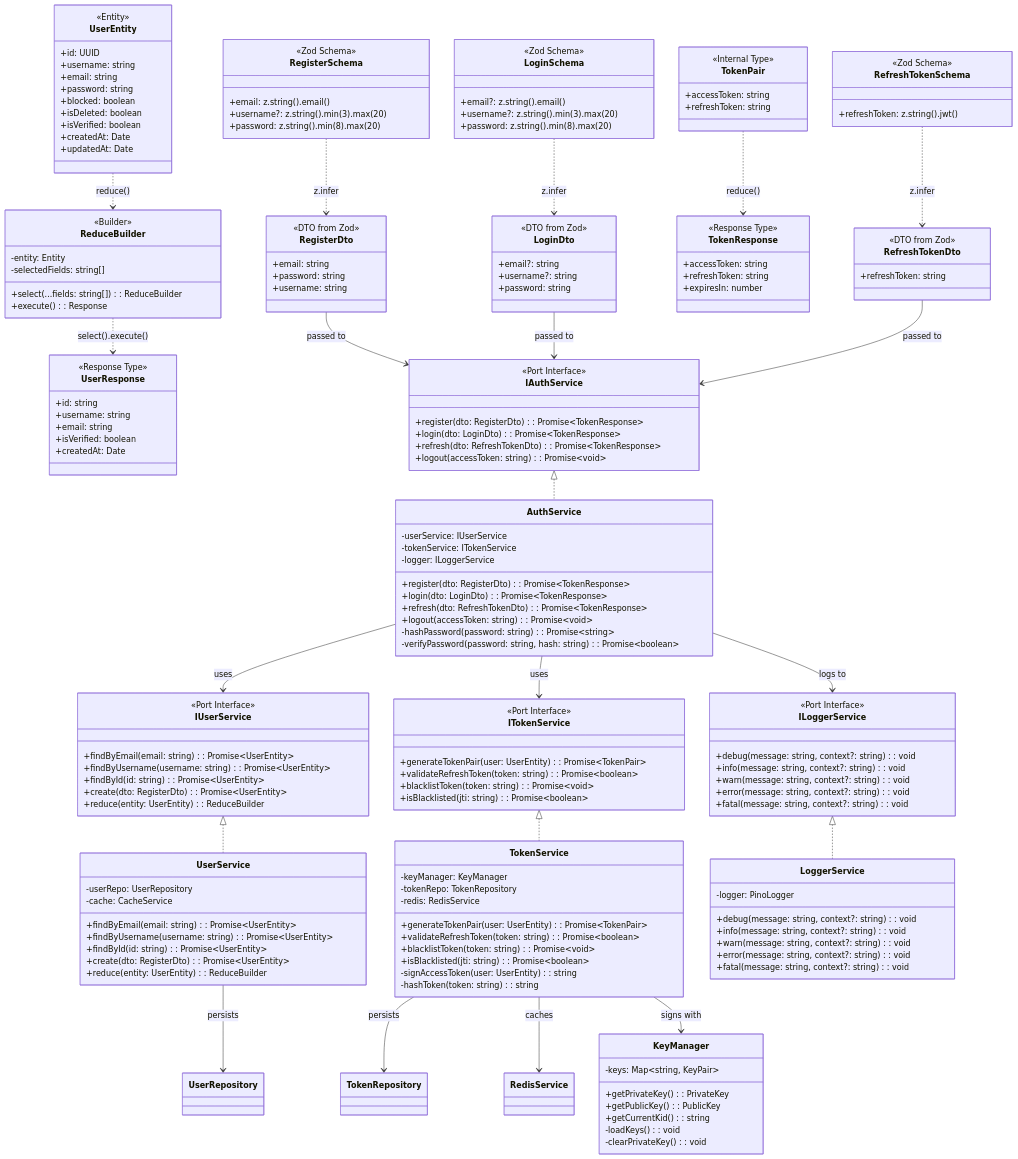
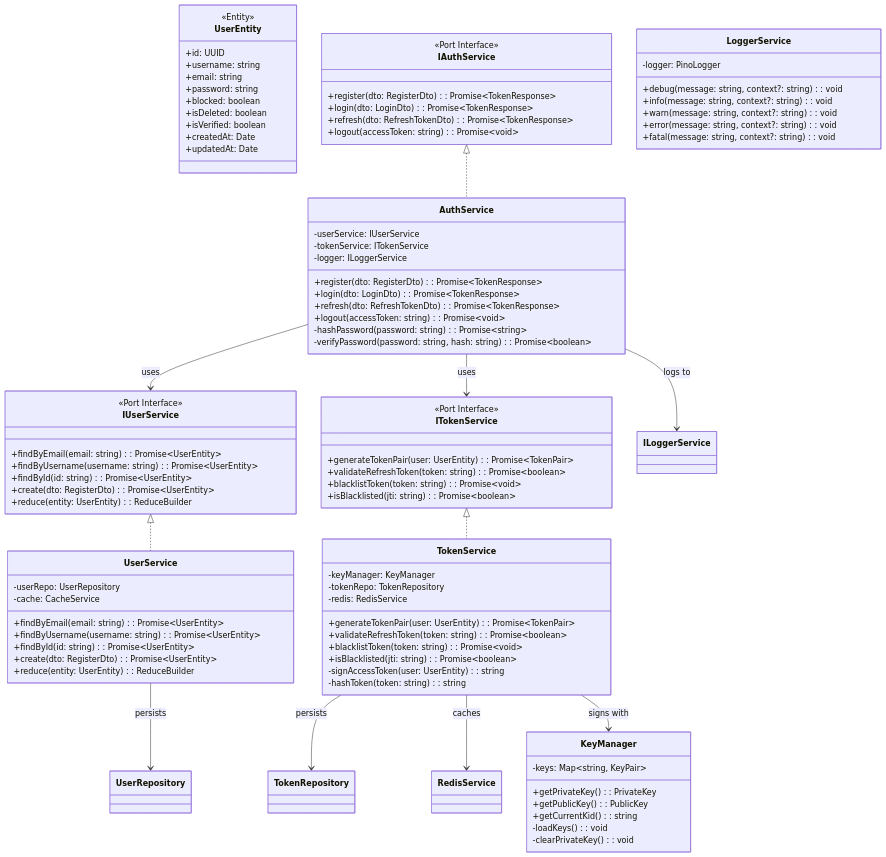
The diagram in _bmad-output/implementation-artifacts/uml/approved/06-class-services.mmd (Glitch-guy0/Auth-Service), drawn with Mermaid before and after one commit. The commit also changed 1 other file, not shown here.

Commit message:
feat: class, types and interfaces approved

```diff
--- a/_bmad-output/implementation-artifacts/uml/approved/06-class-services.mmd
+++ b/_bmad-output/implementation-artifacts/uml/approved/06-class-services.mmd
@@ -1,85 +1,11 @@
-%% Service Class Diagram
+%% Class Diagram
 %% Maps to: Hexagonal Architecture, Ports & Adapters
-%% Intermediate types: Zod schemas, DTOs, Entity unions, Type utilities
+%% Service implementations, dependencies, and adapter classes
 
 classDiagram
     %% ════════════════════════════════════════════════════════════════
-    %%  ZOD VALIDATION SCHEMAS
+    %%  ENTITY
     %% ════════════════════════════════════════════════════════════════
-    class RegisterSchema {
-        <<Zod Schema>>
-        +email: z.string().email()
-        +username?: z.string().min(3).max(20)
-        +password: z.string().min(8).max(20)
-    }
-
-    class LoginSchema {
-        <<Zod Schema>>
-        +email?: z.string().email()
-        +username?: z.string().min(3).max(20)
-        +password: z.string().min(8).max(20)
-    }
-
-    class RefreshTokenSchema {
-        <<Zod Schema>>
-        +refreshToken: z.string().jwt()
-    }
-
-    %% ════════════════════════════════════════════════════════════════
-    %%  DTOs (Inferred from Zod)
-    %% ════════════════════════════════════════════════════════════════
-    class RegisterDto {
-        <<DTO from Zod>>
-        +email: string
-        +password: string
-        +username: string
-    }
-
-    class LoginDto {
-        <<DTO from Zod>>
-        +email?: string
-        +username?: string
-        +password: string
-    }
-
-    class RefreshTokenDto {
-        <<DTO from Zod>>
-        +refreshToken: string
-    }
-
-    %% ════════════════════════════════════════════════════════════════
-    %%  RESPONSE / TRANSFORM TYPES
-    %% ════════════════════════════════════════════════════════════════
-    class TokenResponse {
-        <<Response Type>>
-        +accessToken: string
-        +refreshToken: string
-        +expiresIn: number
-    }
-
-    class TokenPair {
-        <<Internal Type>>
-        +accessToken: string
-        +refreshToken: string
-    }
-
-    class UserResponse {
-        <<Response Type>>
-        +id: string
-        +username: string
-        +email: string
-        +isVerified: boolean
-        +createdAt: Date
-    }
-
-    class ReduceBuilder {
-        <<Builder>>
-        -entity: Entity
-        -selectedFields: string[]
-        +select(...fields: string[]): ReduceBuilder
-        +execute(): Response
-    }
-
     class UserEntity {
         <<Entity>>
         +id: UUID
@@ -119,15 +45,6 @@
         +validateRefreshToken(token: string): Promise~boolean~
         +blacklistToken(token: string): Promise~void~
         +isBlacklisted(jti: string): Promise~boolean~
-    }
-
-    class ILoggerService {
-        <<Port Interface>>
-        +debug(message: string, context?: string): void
-        +info(message: string, context?: string): void
-        +warn(message: string, context?: string): void
-        +error(message: string, context?: string): void
-        +fatal(message: string, context?: string): void
     }
 
     %% ════════════════════════════════════════════════════════════════
@@ -186,36 +103,19 @@
     }
 
     %% ════════════════════════════════════════════════════════════════
-    %%  RELATIONSHIPS
+    %%  INTERFACE IMPLEMENTATIONS
     %% ════════════════════════════════════════════════════════════════
-
-    %% Schema to DTO (z.infer)
-    RegisterSchema ..> RegisterDto : z.infer
-    LoginSchema ..> LoginDto : z.infer
-    RefreshTokenSchema ..> RefreshTokenDto : z.infer
-
-    %% DTO usage
-    RegisterDto --> IAuthService : passed to
-    LoginDto --> IAuthService : passed to
-    RefreshTokenDto --> IAuthService : passed to
-
-    %% Interface implementation
     IAuthService <|.. AuthService
     IUserService <|.. UserService
     ITokenService <|.. TokenService
-    ILoggerService <|.. LoggerService
 
-    %% Service dependencies
+    %% ════════════════════════════════════════════════════════════════
+    %%  DEPENDENCIES
+    %% ════════════════════════════════════════════════════════════════
     AuthService --> IUserService : uses
     AuthService --> ITokenService : uses
     AuthService --> ILoggerService : logs to
 
-    %% Entity transformations
-    UserEntity ..> ReduceBuilder : reduce()
-    ReduceBuilder ..> UserResponse : select().execute()
-    TokenPair ..> TokenResponse : reduce()
-
-    %% Repository/Adapter dependencies
     UserService --> UserRepository : persists
     TokenService --> TokenRepository : persists
     TokenService --> RedisService : caches
```
